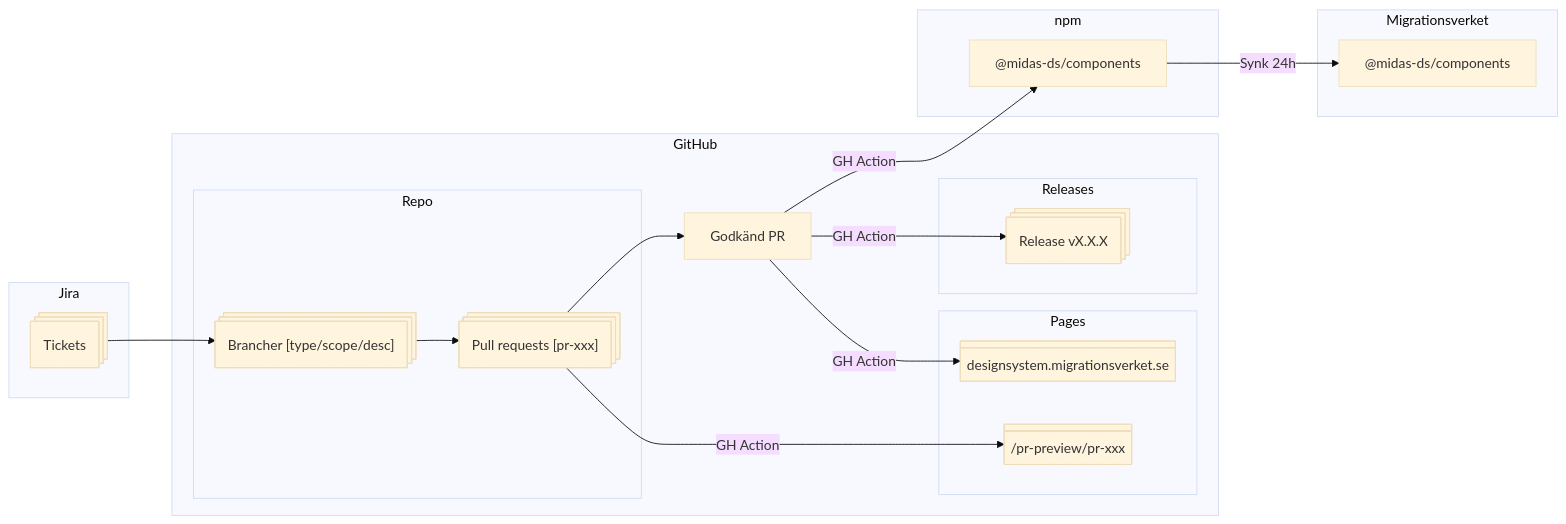
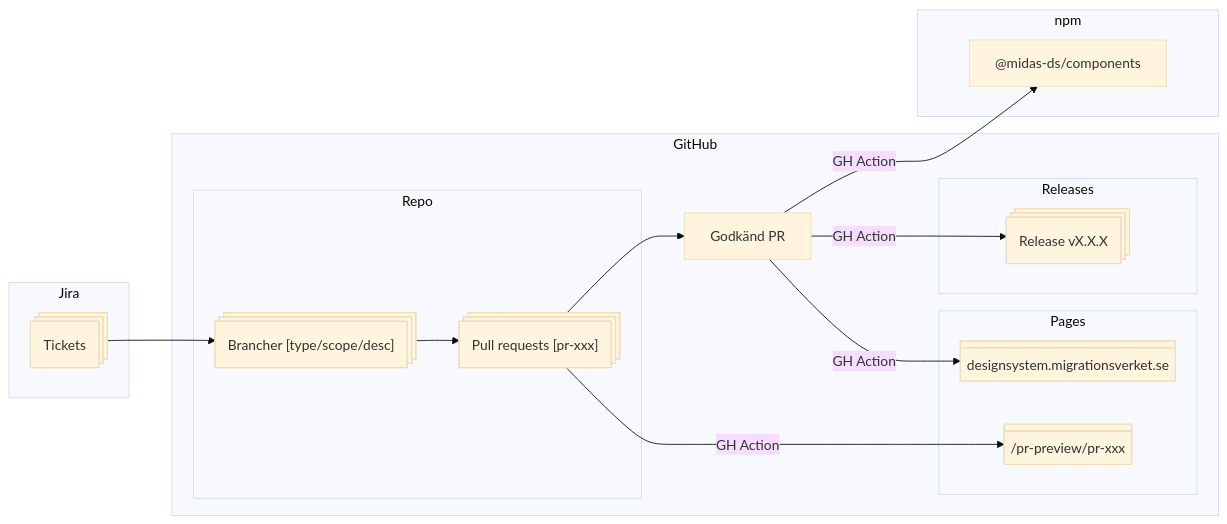
The diagram in apps/docs/docs/get-started/contribute.mdx (migrationsverket/midas), drawn with Mermaid (base theme) before and after one commit.

Commit message:
chore: remove instance in flowchart

````diff
--- a/apps/docs/docs/get-started/contribute.mdx
+++ b/apps/docs/docs/get-started/contribute.mdx
@@ -160,34 +160,30 @@
 ```mermaid
 flowchart LR;
     A1-->B1
     B1-->B2
     B2-->|GH Action|C1
     B2-->E1
     E1-->|GH Action|C2
     E1-->|GH Action|D1
-    F1-->|Synk 24h|G1
     E1-->|GH Action|F1
     subgraph "Jira"
         A1@{ shape: procs, label: "Tickets"}
     end
     subgraph "GitHub"
         subgraph "Repo"
             B1@{ shape: procs, label: "Brancher [type/scope/desc]"}
             B2@{ shape: procs, label: "Pull requests [pr-xxx]"}
         end
         subgraph "Pages"
             C1@{ shape: div-rect, label: "/pr-preview/pr-xxx" }
             C2@{shape: div-rect, label: "designsystem.migrationsverket.se"}
         end
         subgraph "Releases"
             D1@{ shape: procs, label: "Release vX.X.X"}
         end
         E1["Godkänd PR"]
     end
     subgraph "npm"
         F1["@midas-ds/components"]
     end
-    subgraph "Migrationsverket"
-        G1["@midas-ds/components"]
-    end
 ```
````
